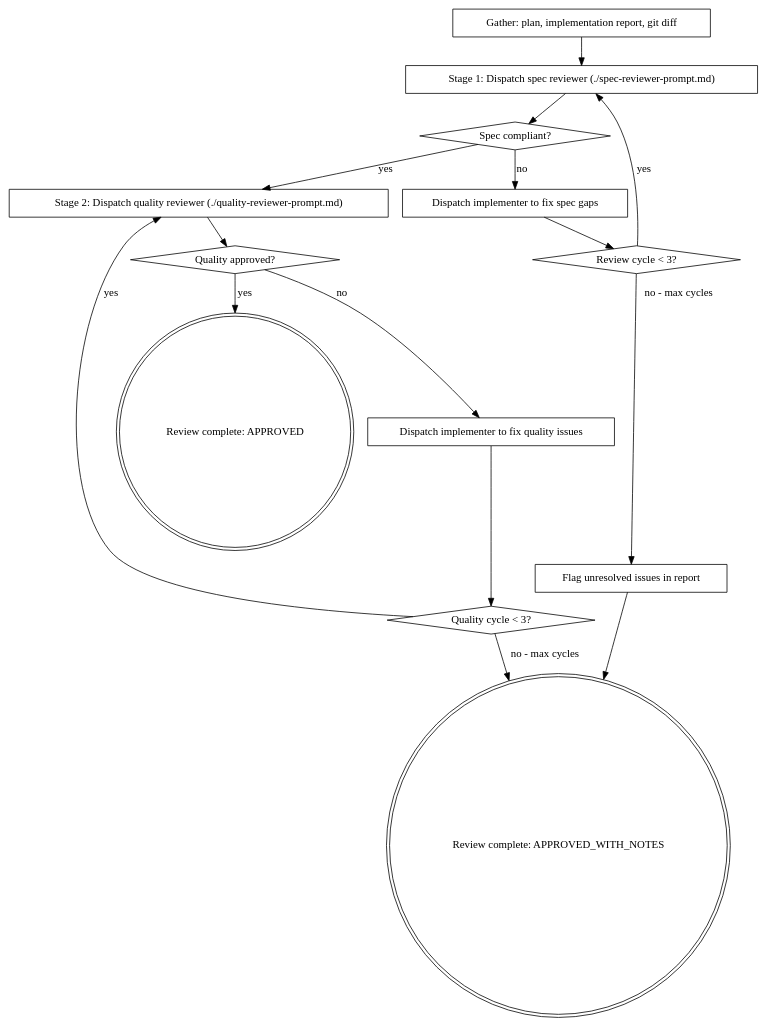
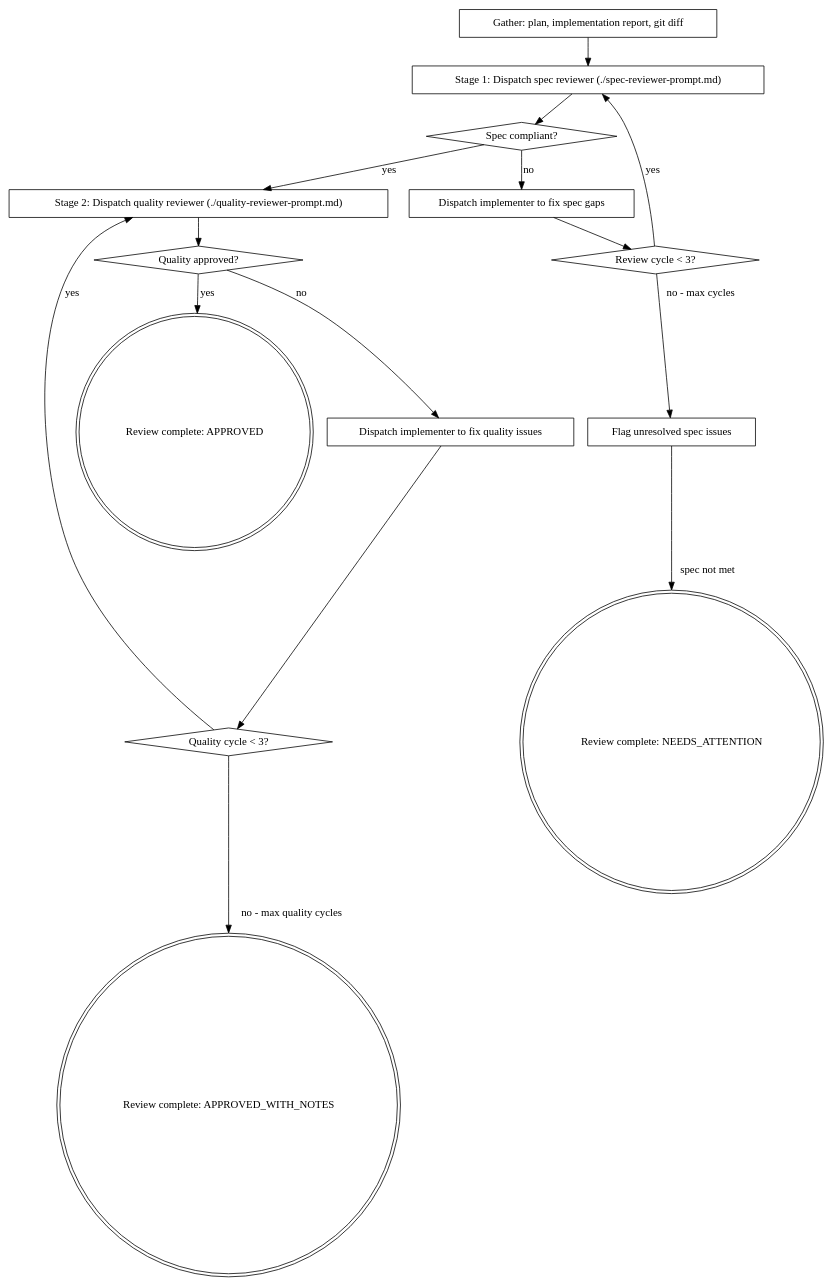
Before and after one commit to hybriden/shipwright: the diagram in skills/auto-review/SKILL.md, drawn with Graphviz. The commit also changed other lines of this file and 7 other files, not shown here.

````diff
--- a/skills/auto-review/SKILL.md
+++ b/skills/auto-review/SKILL.md
@@ -28,33 +28,34 @@
 ```dot
 digraph auto_review {
     rankdir=TB;
 
     "Gather: plan, implementation report, git diff" [shape=box];
     "Stage 1: Dispatch spec reviewer (./spec-reviewer-prompt.md)" [shape=box];
     "Spec compliant?" [shape=diamond];
     "Dispatch implementer to fix spec gaps" [shape=box];
     "Review cycle < 3?" [shape=diamond];
     "Stage 2: Dispatch quality reviewer (./quality-reviewer-prompt.md)" [shape=box];
     "Quality approved?" [shape=diamond];
     "Dispatch implementer to fix quality issues" [shape=box];
     "Quality cycle < 3?" [shape=diamond];
     "Review complete: APPROVED" [shape=doublecircle];
     "Review complete: APPROVED_WITH_NOTES" [shape=doublecircle];
-    "Flag unresolved issues in report" [shape=box];
+    "Review complete: NEEDS_ATTENTION" [shape=doublecircle];
+    "Flag unresolved spec issues" [shape=box];
 
     "Gather: plan, implementation report, git diff" -> "Stage 1: Dispatch spec reviewer (./spec-reviewer-prompt.md)";
     "Stage 1: Dispatch spec reviewer (./spec-reviewer-prompt.md)" -> "Spec compliant?";
     "Spec compliant?" -> "Stage 2: Dispatch quality reviewer (./quality-reviewer-prompt.md)" [label="yes"];
     "Spec compliant?" -> "Dispatch implementer to fix spec gaps" [label="no"];
     "Dispatch implementer to fix spec gaps" -> "Review cycle < 3?";
     "Review cycle < 3?" -> "Stage 1: Dispatch spec reviewer (./spec-reviewer-prompt.md)" [label="yes"];
-    "Review cycle < 3?" -> "Flag unresolved issues in report" [label="no - max cycles"];
+    "Review cycle < 3?" -> "Flag unresolved spec issues" [label="no - max cycles"];
+    "Flag unresolved spec issues" -> "Review complete: NEEDS_ATTENTION" [label="spec not met"];
     "Stage 2: Dispatch quality reviewer (./quality-reviewer-prompt.md)" -> "Quality approved?";
     "Quality approved?" -> "Review complete: APPROVED" [label="yes"];
     "Quality approved?" -> "Dispatch implementer to fix quality issues" [label="no"];
     "Dispatch implementer to fix quality issues" -> "Quality cycle < 3?";
     "Quality cycle < 3?" -> "Stage 2: Dispatch quality reviewer (./quality-reviewer-prompt.md)" [label="yes"];
-    "Quality cycle < 3?" -> "Review complete: APPROVED_WITH_NOTES" [label="no - max cycles"];
-    "Flag unresolved issues in report" -> "Review complete: APPROVED_WITH_NOTES";
+    "Quality cycle < 3?" -> "Review complete: APPROVED_WITH_NOTES" [label="no - max quality cycles"];
 }
 ```
````
